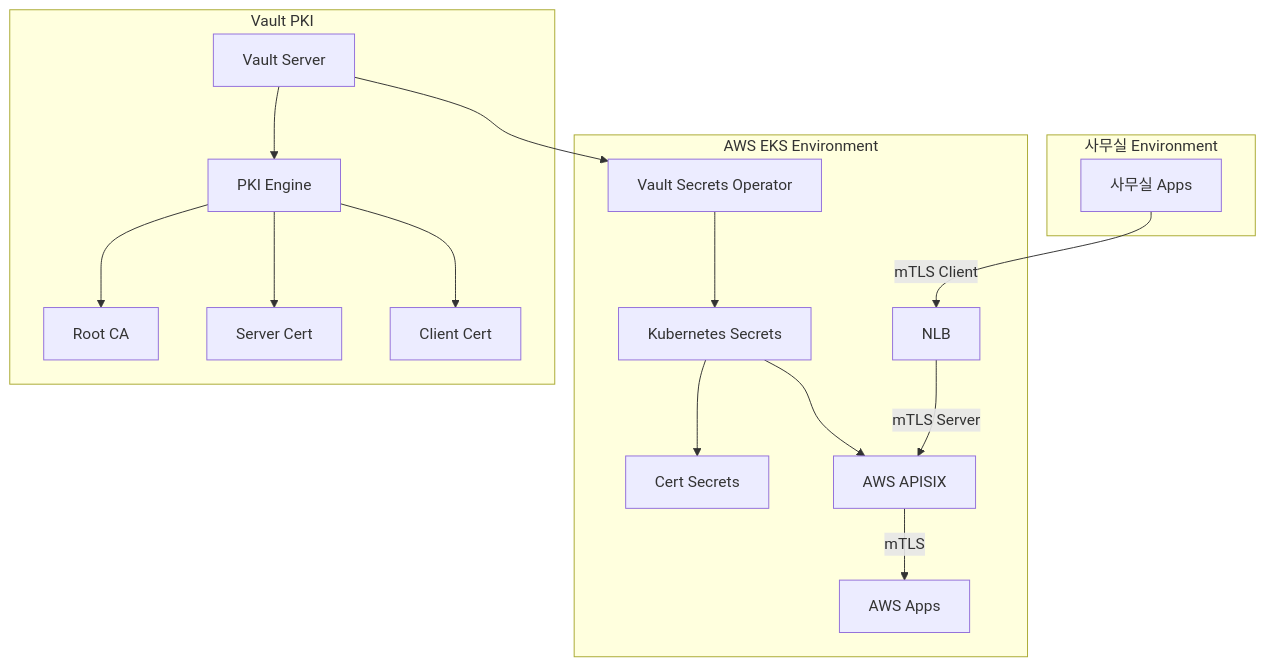
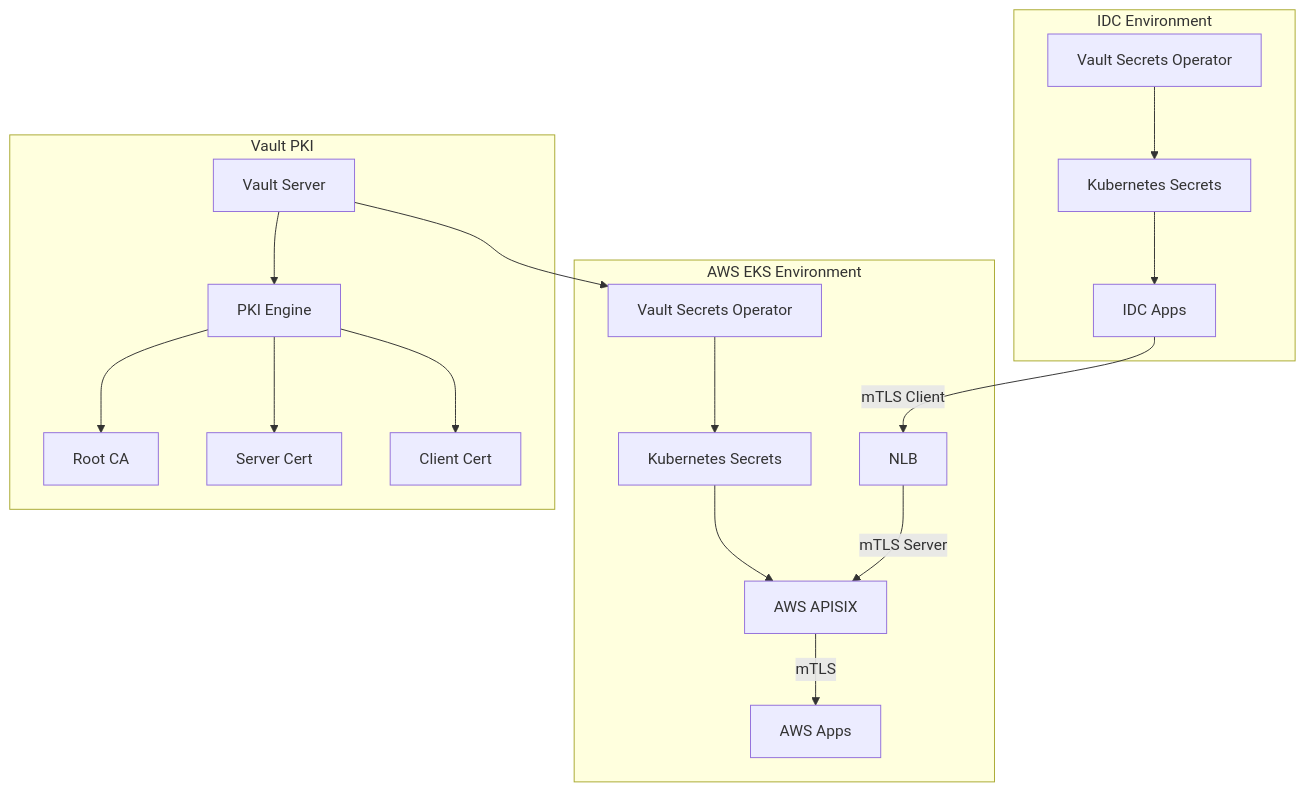
The diagram in vault/apisix_pki_secrets/README.md (ung-kor/ungs), drawn with Mermaid before and after one commit.

Commit message:
아키텍쳐 변경

````diff
--- a/vault/apisix_pki_secrets/README.md
+++ b/vault/apisix_pki_secrets/README.md
@@ -30,24 +30,24 @@
 ```mermaid
 graph TB
-    subgraph "사무실 Environment"
-        SA[사무실 Apps] 
+    subgraph "IDC Environment"
+        SVSO[Vault Secrets Operator] --> SK8S[Kubernetes Secrets]
+        SK8S --> SA[IDC Apps] 
     end
     
     subgraph "AWS EKS Environment"
         NLB --> |mTLS Server| AAP[AWS APISIX]
         AAP --> |mTLS| AA[AWS Apps]
         VSO[Vault Secrets Operator] --> K8S[Kubernetes Secrets]
-        K8S --> SAP[Cert Secrets]
         K8S --> AAP
     end
     
     subgraph "Vault PKI"
         V[Vault Server] --> PKI[PKI Engine]
         PKI --> CA[Root CA]
         PKI --> SC[Server Cert]
         PKI --> CC[Client Cert]
     end
         
     SA --> |mTLS Client| NLB
     V --> VSO
 ```
````
